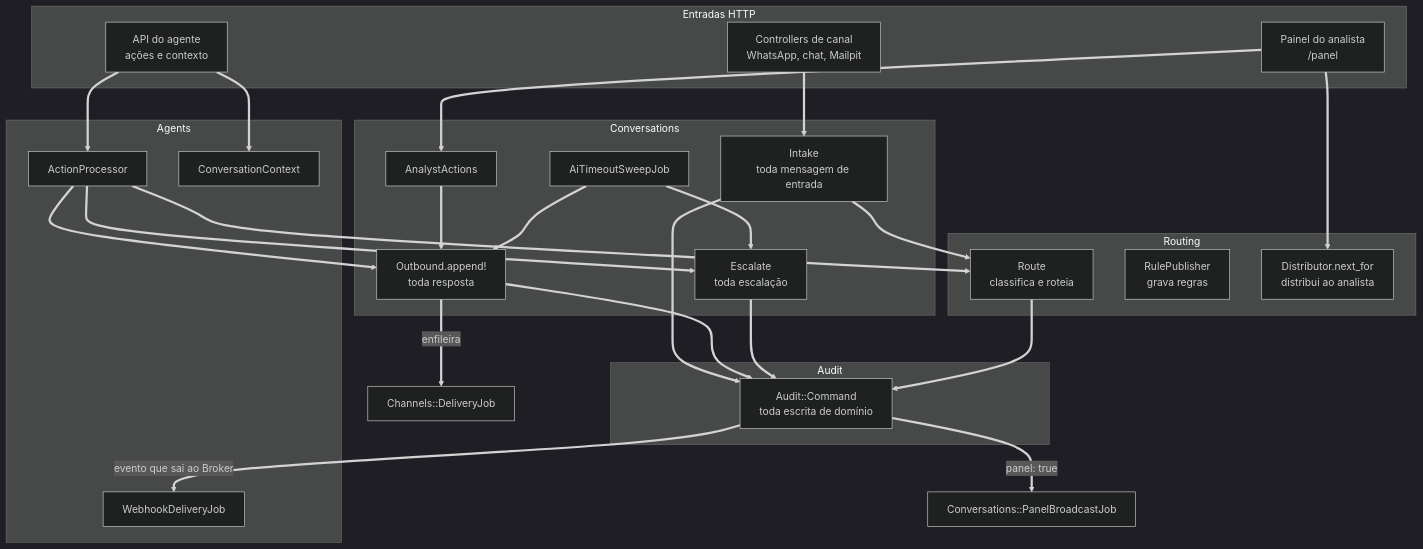
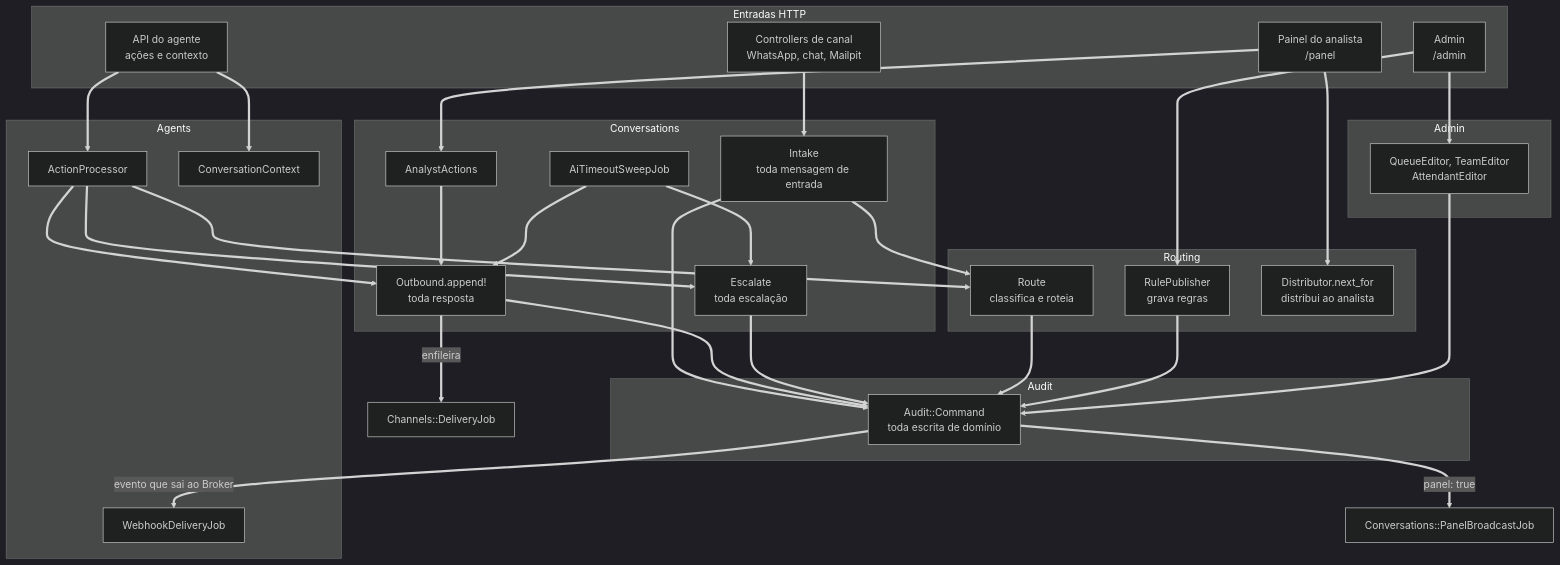
Before and after one commit to lcordeirokopke/Cloudesk: the third of 23 diagrams in documents/arquitetura.md, drawn with Mermaid (dark theme). The commit also changed other lines of this file and 46 other files, not shown here.

````diff
--- a/documents/arquitetura.md
+++ b/documents/arquitetura.md
@@ -188,55 +188,64 @@
 ```mermaid
 flowchart TB
     subgraph ENTRADA["Entradas HTTP"]
         CHC["Controllers de canal<br/>WhatsApp, chat, Mailpit"]
         API["API do agente<br/>ações e contexto"]
         PNL["Painel do analista<br/>/panel"]
+        ADM["Admin<br/>/admin"]
+    end
+
+    subgraph ADMN["Admin"]
+        ED["QueueEditor, TeamEditor<br/>AttendantEditor"]
     end
 
     subgraph CONV["Conversations"]
         IN["Intake<br/>toda mensagem de entrada"]
         OUT["Outbound.append!<br/>toda resposta"]
         ESC["Escalate<br/>toda escalação"]
         AA["AnalystActions"]
         SWEEP["AiTimeoutSweepJob"]
     end
 
     subgraph ROUT["Routing"]
         RT["Route<br/>classifica e roteia"]
         RP["RulePublisher<br/>grava regras"]
         DI["Distributor.next_for<br/>distribui ao analista"]
     end
 
     subgraph AGS["Agents"]
         AP["ActionProcessor"]
         CTX["ConversationContext"]
         WDJ["WebhookDeliveryJob"]
     end
 
     subgraph AUD["Audit"]
         CMD["Audit::Command<br/>toda escrita de domínio"]
     end
 
     DJ["Channels::DeliveryJob"]
     PBJ["Conversations::PanelBroadcastJob"]
 
     CHC ==> IN
     IN ==> RT
     API ==> AP
     API ==> CTX
     AP ==> OUT
     AP ==> ESC
     AP ==> RT
     PNL ==> AA
     PNL ==> DI
     AA ==> OUT
+    ADM ==> ED
+    ADM ==> RP
     SWEEP ==> ESC
     SWEEP ==> OUT
     OUT ==>|"enfileira"| DJ
     IN ==> CMD
     OUT ==> CMD
     ESC ==> CMD
     RT ==> CMD
+    RP ==> CMD
+    ED ==> CMD
     CMD ==>|"evento que sai ao Broker"| WDJ
     CMD ==>|"panel: true"| PBJ
 ```
````
